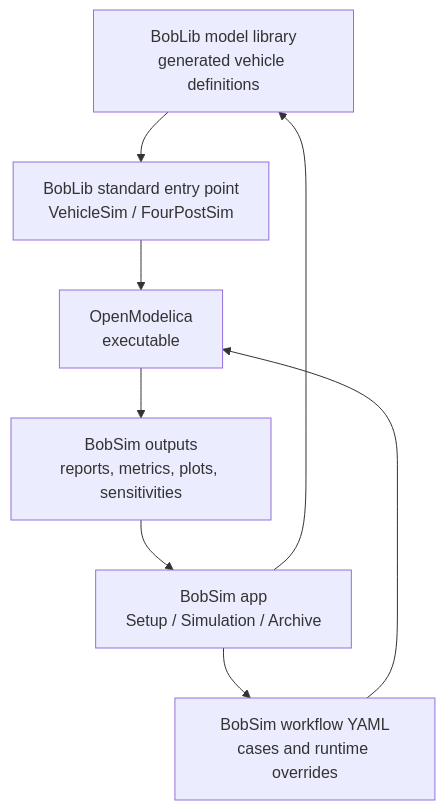
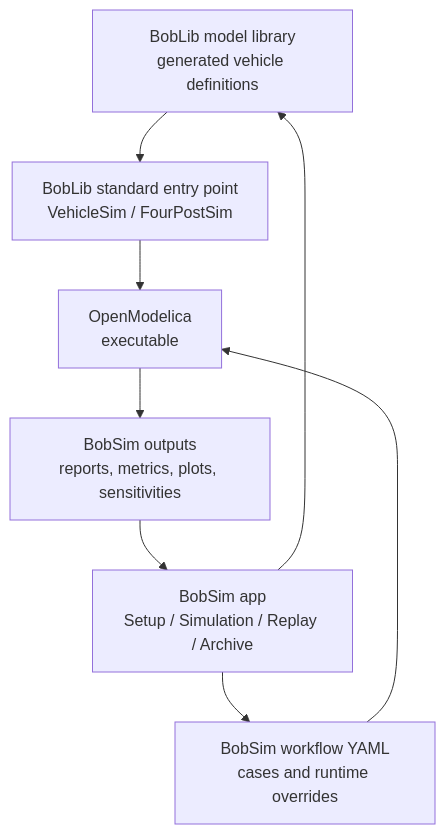
One commit to BobDyn/BobDocs changed the diagram in docs/bobsim/index.md. Above: the diagram before and after it, drawn with Mermaid. The commit also changed other lines of this file, not shown here.

First line of the commit message:
docs: cut the BobSim overview down to an overview

````diff
--- a/docs/bobsim/index.md
+++ b/docs/bobsim/index.md
@@ -51,17 +54,17 @@
 ```mermaid
 flowchart TB
     records["BobLib model library<br/>generated vehicle definitions"]
     entry["BobLib standard entry point<br/>VehicleSim / FourPostSim"]
-    app["BobSim app<br/>Setup / Simulation / Archive"]
+    app["BobSim app<br/>Setup / Simulation / Replay / Archive"]
     executable["OpenModelica<br/>executable"]
     workflow["BobSim workflow YAML<br/>cases and runtime overrides"]
     outputs["BobSim outputs<br/>reports, metrics, plots, sensitivities"]
 
     records --> entry
     app --> records
     app --> workflow
     entry --> executable
     workflow --> executable
     executable --> outputs
     outputs --> app
 ```
````
